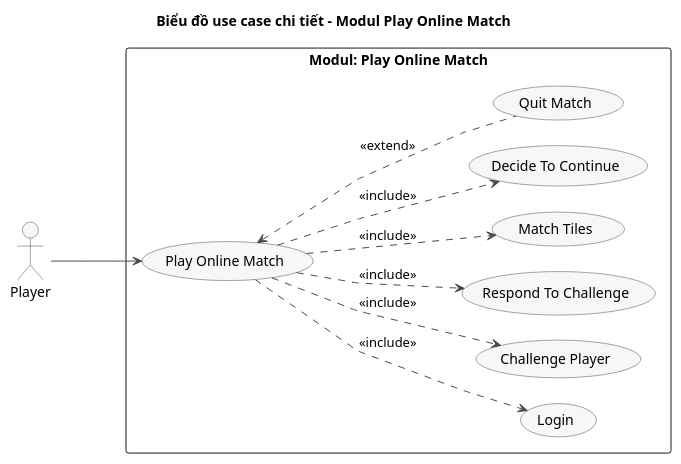
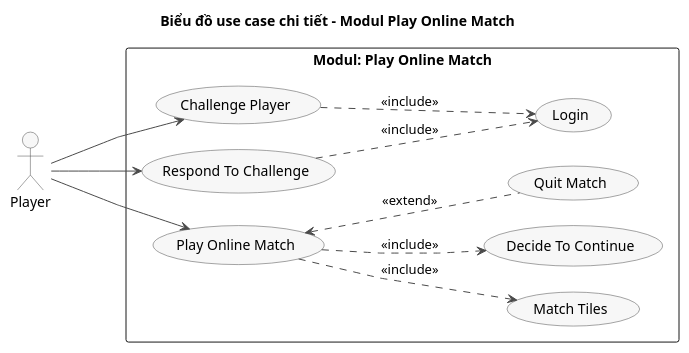
One commit to VattenL/mobile-pikachu changed the diagram in docs/uml/pha1/uc-m4-play-online-match.puml. Above: the diagram before and after it, drawn with PlantUML. The commit also changed 4 other files, not shown here.

```diff
--- a/docs/uml/pha1/uc-m4-play-online-match.puml
+++ b/docs/uml/pha1/uc-m4-play-online-match.puml
@@ -1,40 +1,41 @@
 @startuml uc-m4-play-online-match
 title Biểu đồ use case chi tiết - Modul Play Online Match
 
 left to right direction
 skinparam linetype polyline
 skinparam packageStyle rectangle
 skinparam shadowing false
 skinparam nodesep 25
 skinparam ranksep 90
 skinparam usecase {
   BackgroundColor #F7F7F7
   BorderColor #4A4A4A
   ArrowColor #4A4A4A
 }
 skinparam actor {
   BackgroundColor #F7F7F7
   BorderColor #4A4A4A
 }
 
 actor "Player" as Player
 
 rectangle "Modul: Play Online Match" {
+  usecase "Challenge Player" as UC06
+  usecase "Respond To Challenge" as UC07
   usecase "Play Online Match" as UC08
   usecase "Login" as UC02
-  usecase "Challenge Player" as UC06
-  usecase "Respond To Challenge" as UC07
   usecase "Match Tiles" as UC08_1
   usecase "Decide To Continue" as UC08_2
   usecase "Quit Match" as UC08_3
 }
 
+Player --> UC06
+Player --> UC07
 Player --> UC08
 
-UC08 ..> UC02 : <<include>>
-UC08 ..> UC06 : <<include>>
-UC08 ..> UC07 : <<include>>
+UC06 ..> UC02 : <<include>>
+UC07 ..> UC02 : <<include>>
 UC08 ..> UC08_1 : <<include>>
 UC08 ..> UC08_2 : <<include>>
 UC08 <.. UC08_3 : <<extend>>
 @enduml
```
